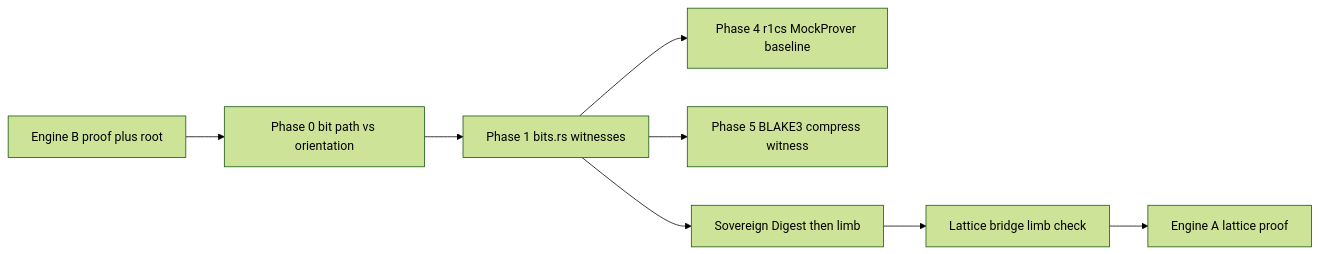
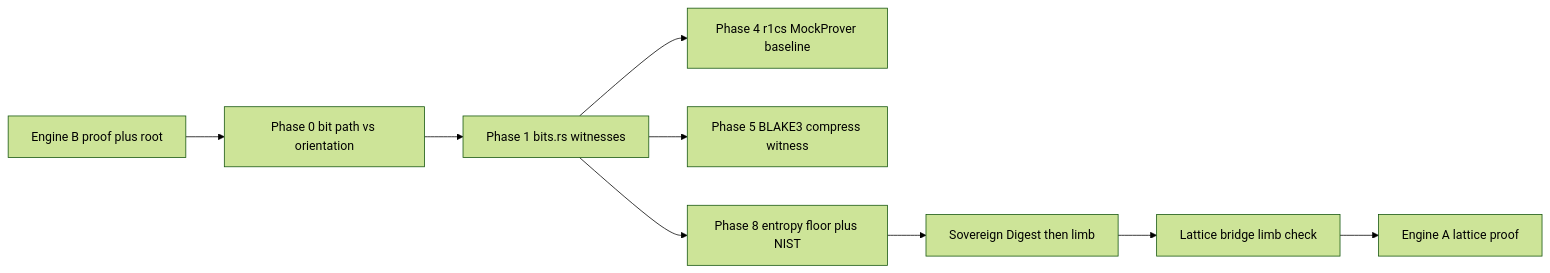
One commit to peavey2787/qssm-rs changed the diagram in docs/blake3-lattice-gadget-rust-plan.md. Above: the diagram before and after it, drawn with Mermaid (forest theme). The commit also changed other lines of this file and 12 other files, not shown here.

First line of the commit message:
feat(gadget): finalize Phase 8 - Opportunistic QRNG & Entropy Resilience

````diff
--- a/docs/blake3-lattice-gadget-rust-plan.md
+++ b/docs/blake3-lattice-gadget-rust-plan.md
@@ -97,14 +98,15 @@
 ```mermaid
 flowchart LR
   MS[Engine B proof plus root]
   P0[Phase 0 bit path vs orientation]
   Bits[Phase 1 bits.rs witnesses]
   R4[Phase 4 r1cs MockProver baseline]
   P5[Phase 5 BLAKE3 compress witness]
+  EP[Phase 8 entropy floor plus NIST]
   SD[Sovereign Digest then limb]
   LB[Lattice bridge limb check]
   LE[Engine A lattice proof]
-  MS --> P0 --> Bits --> SD --> LB --> LE
+  MS --> P0 --> Bits --> EP --> SD --> LB --> LE
   Bits --> R4
   Bits --> P5
 ```
````
